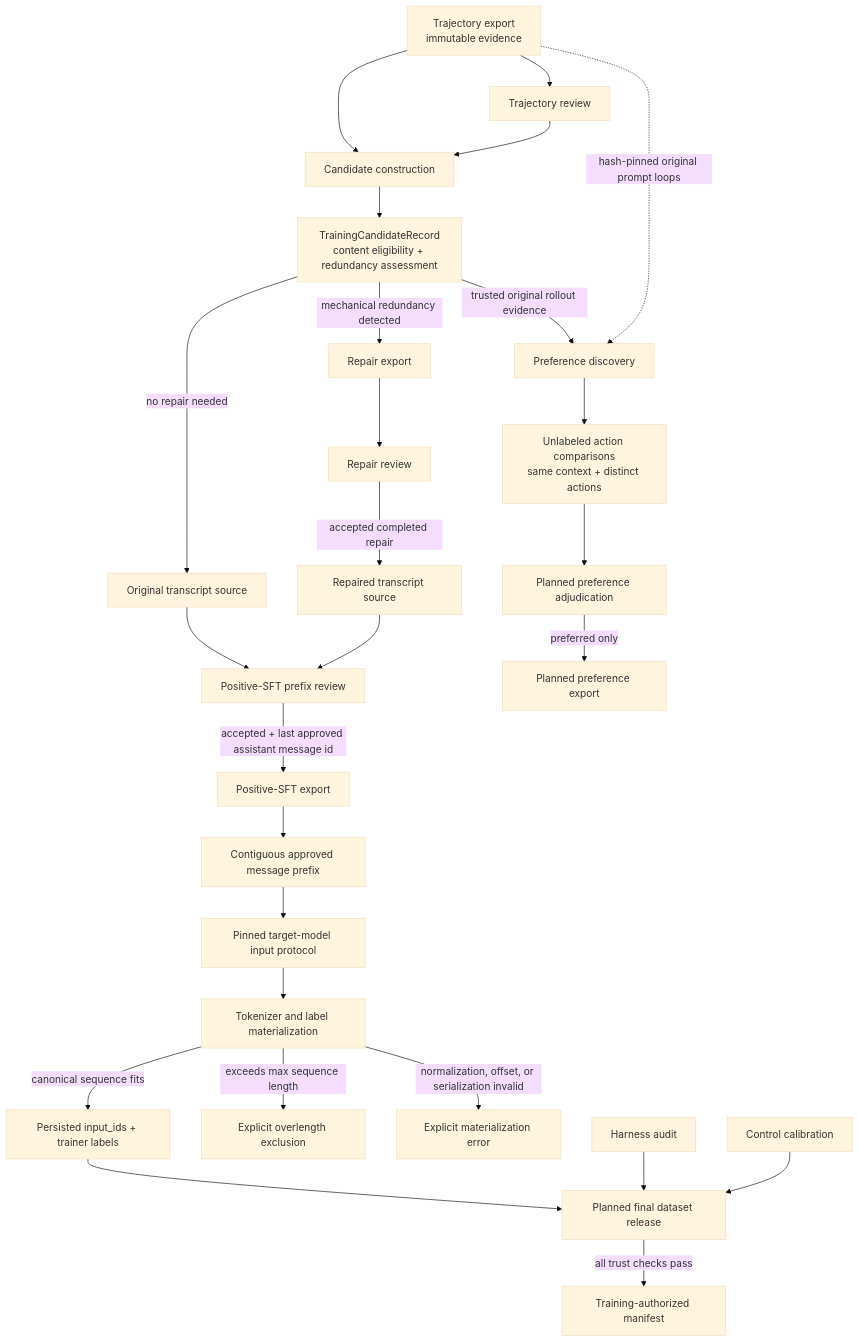
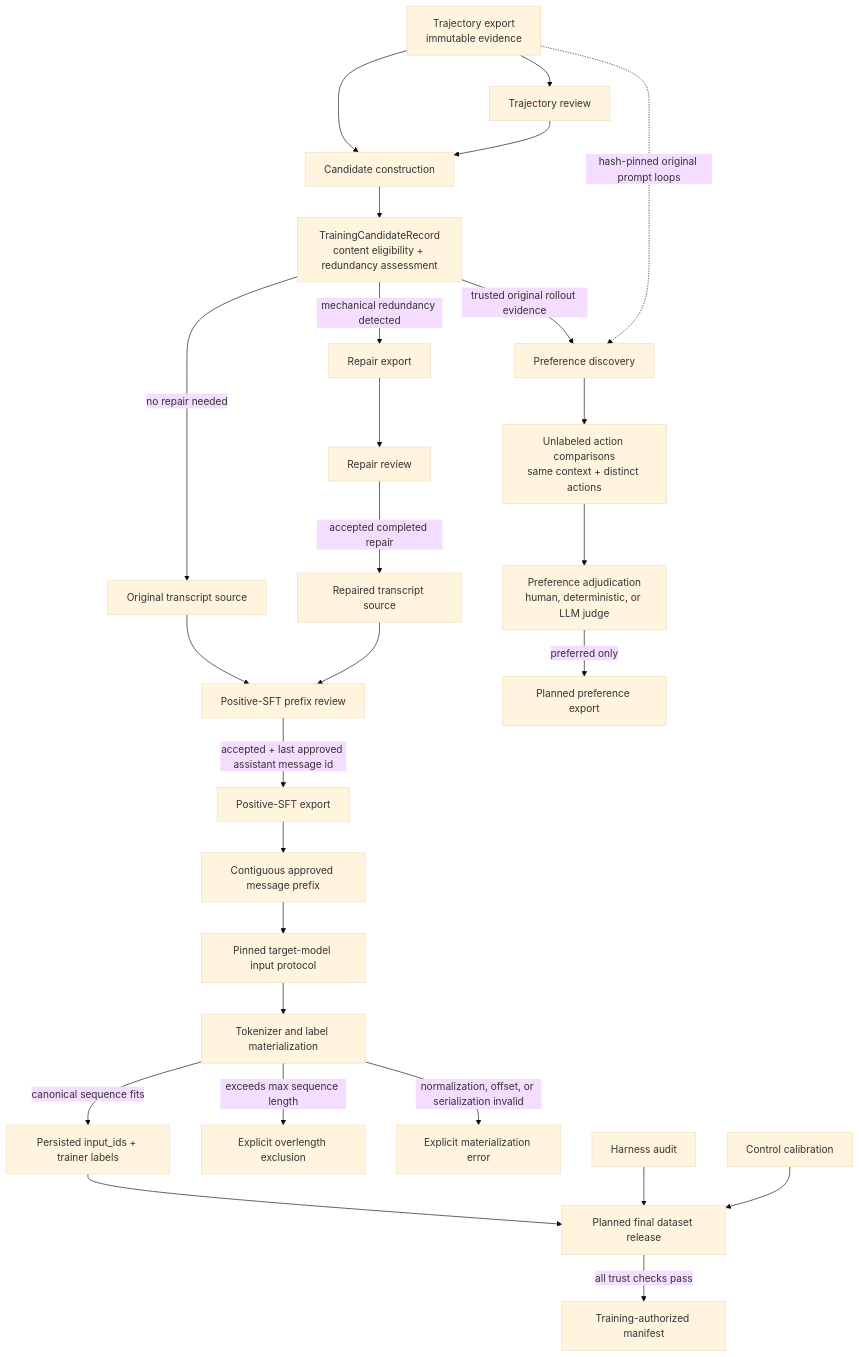
Before and after one commit to kshitijg92/agentenv-posttraining-lab: the diagram in src/agentenv/training/README.md, drawn with Mermaid (base theme). The commit also changed other lines of this file and 7 other files, not shown here.

Commit message:
Add reviewer adjudication schema

````diff
--- a/src/agentenv/training/README.md
+++ b/src/agentenv/training/README.md
@@ -38,33 +38,33 @@
 ```mermaid
 flowchart TD
     T[Trajectory export<br/>immutable evidence] --> TR[Trajectory review]
     T --> C
     TR --> C[Candidate construction]
 
     C --> TC[TrainingCandidateRecord<br/>content eligibility + redundancy assessment]
     TC -->|no repair needed| O[Original transcript source]
     TC -->|mechanical redundancy detected| RE[Repair export]
     RE --> RR[Repair review]
     RR -->|accepted completed repair| RP[Repaired transcript source]
 
     O --> SR[Positive-SFT prefix review]
     RP --> SR
     SR -->|accepted + last approved assistant message id| SE[Positive-SFT export]
     SE --> P[Contiguous approved message prefix]
     P --> IP[Pinned target-model input protocol]
     IP --> TM[Tokenizer and label materialization]
     TM -->|canonical sequence fits| TS[Persisted input_ids + trainer labels]
     TM -->|exceeds max sequence length| OE[Explicit overlength exclusion]
     TM -->|normalization, offset, or serialization invalid| ME[Explicit materialization error]
 
     TC -->|trusted original rollout evidence| PD[Preference discovery]
     T -. hash-pinned original prompt loops .-> PD
     PD --> PC[Unlabeled action comparisons<br/>same context + distinct actions]
-    PC --> PA[Planned preference adjudication]
+    PC --> PA[Preference adjudication<br/>human, deterministic, or LLM judge]
     PA -->|preferred only| PE[Planned preference export]
 
     TS --> DR[Planned final dataset release]
     HA[Harness audit] --> DR
     CC[Control calibration] --> DR
     DR -->|all trust checks pass| AU[Training-authorized manifest]
 ```
````
